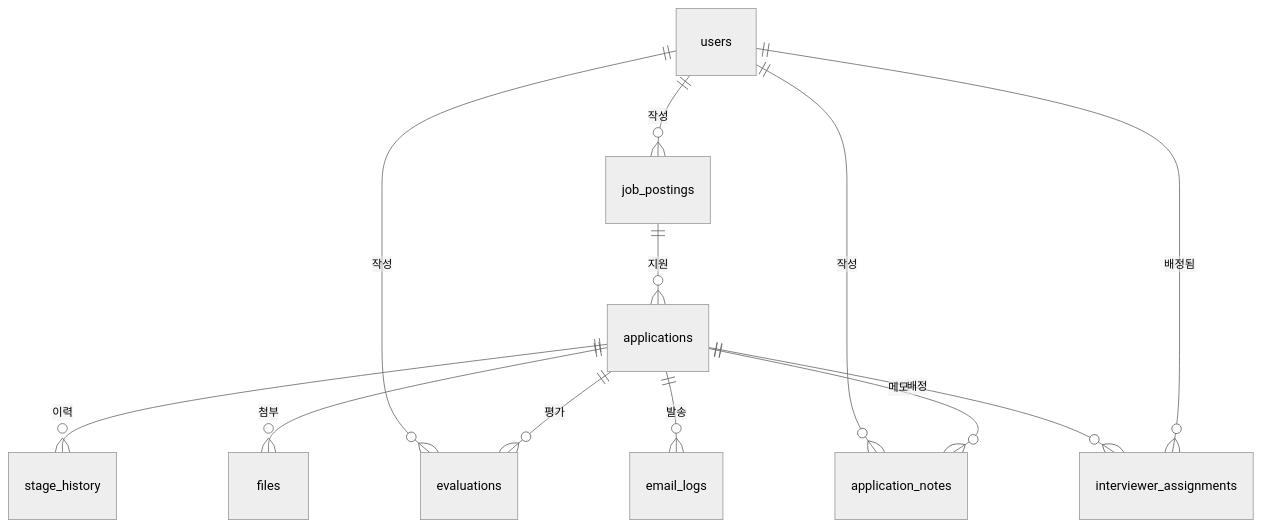
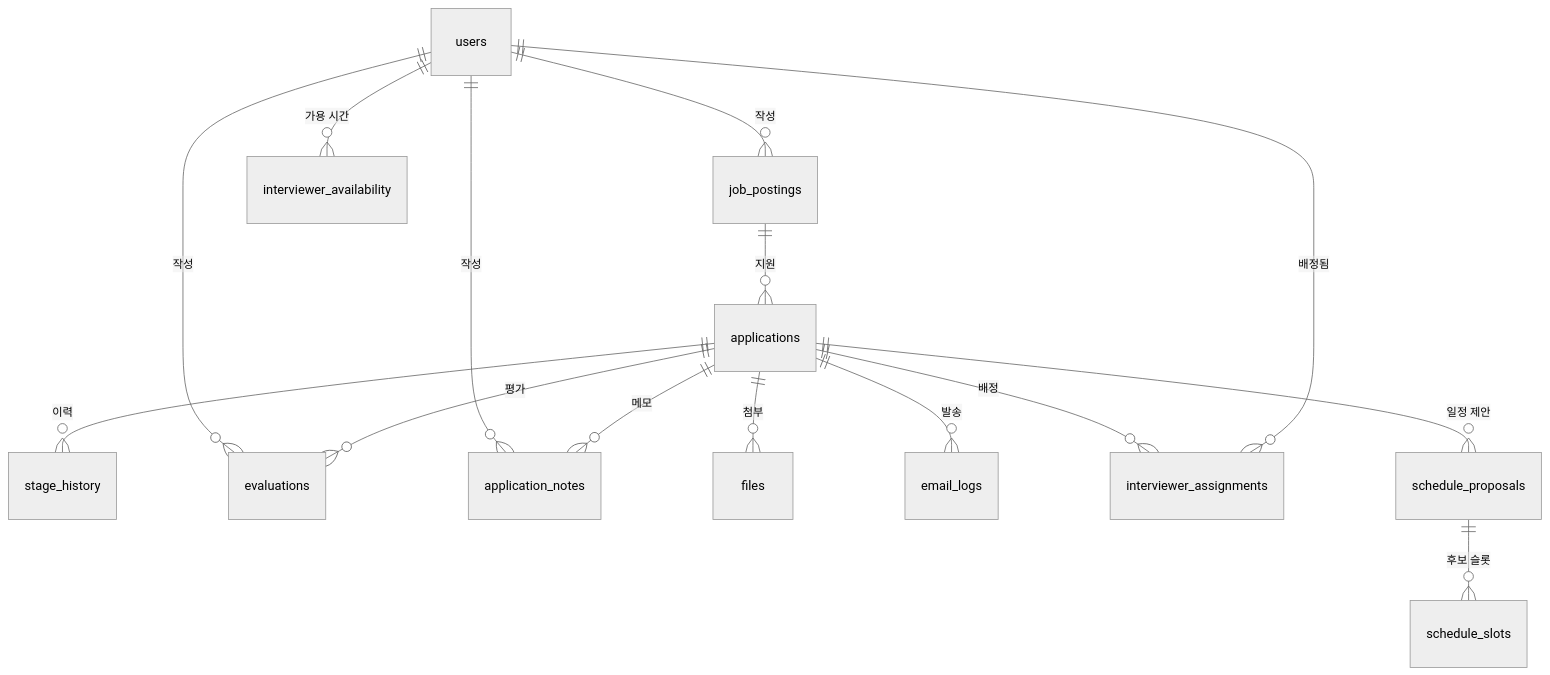
The diagram in docs/00_overview/01-erd.md (Seuk-Team/Arda), drawn with Mermaid (neutral theme) before and after one commit. The commit also changed other lines of this file and 3 other files, not shown here.

First line of the commit message:
docs: 면접 일정 자동화 확정 — ERD v1.2 테이블 3종 · ADR-0016 · API 명세 6종 + 발표 뼈대

````diff
--- a/docs/00_overview/01-erd.md
+++ b/docs/00_overview/01-erd.md
@@ -14,14 +15,17 @@
 ```mermaid
 erDiagram
     users ||--o{ job_postings : "작성"
     job_postings ||--o{ applications : "지원"
     applications ||--o{ stage_history : "이력"
     applications ||--o{ evaluations : "평가"
     applications ||--o{ application_notes : "메모"
     applications ||--o{ files : "첨부"
     applications ||--o{ email_logs : "발송"
     users ||--o{ evaluations : "작성"
     users ||--o{ application_notes : "작성"
     users ||--o{ interviewer_assignments : "배정됨"
     applications ||--o{ interviewer_assignments : "배정"
+    users ||--o{ interviewer_availability : "가용 시간"
+    applications ||--o{ schedule_proposals : "일정 제안"
+    schedule_proposals ||--o{ schedule_slots : "후보 슬롯"
 ```
````
